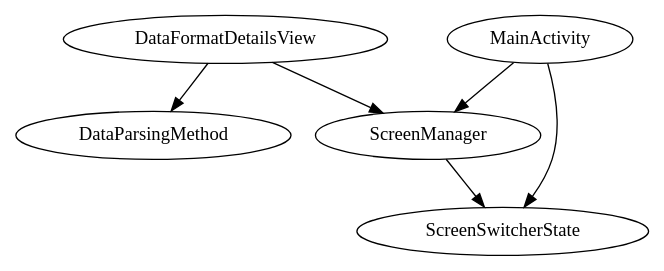
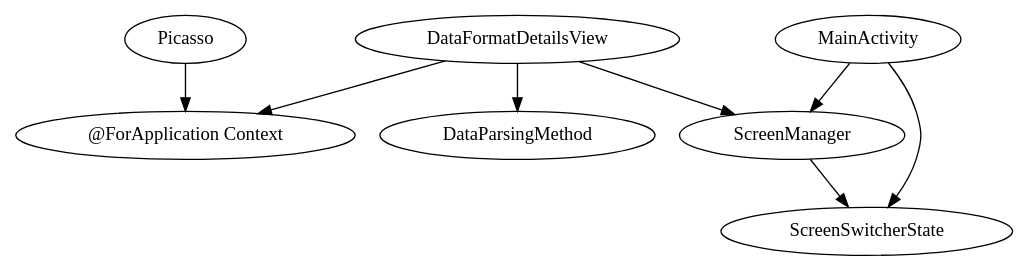
Before and after one commit to benwicks/structured-data-demo: the diagram in app/build/generated/source/apt/debug/com/benjaminwicks/structureddatademo/dataFormatDetails/DataFormatDetailsModule.dot, drawn with Graphviz. The commit also changed 36 other files, not shown here.

Commit message:
Get Jackson decode working and begin species details view

```diff
--- a/app/build/generated/source/apt/debug/com/benjaminwicks/structureddatademo/dataFormatDetails/DataFormatDetailsModule.dot
+++ b/app/build/generated/source/apt/debug/com/benjaminwicks/structureddatademo/dataFormatDetails/DataFormatDetailsModule.dot
@@ -1,8 +1,11 @@
 digraph G1 {
   concentrate = true;
   DataFormatDetailsView -> ScreenManager;
   DataFormatDetailsView -> DataParsingMethod;
+  n2 [label="@ForApplication Context"];
+  DataFormatDetailsView -> n2;
   MainActivity -> ScreenManager;
   MainActivity -> ScreenSwitcherState;
+  Picasso -> n2;
   ScreenManager -> ScreenSwitcherState;
 }
```
